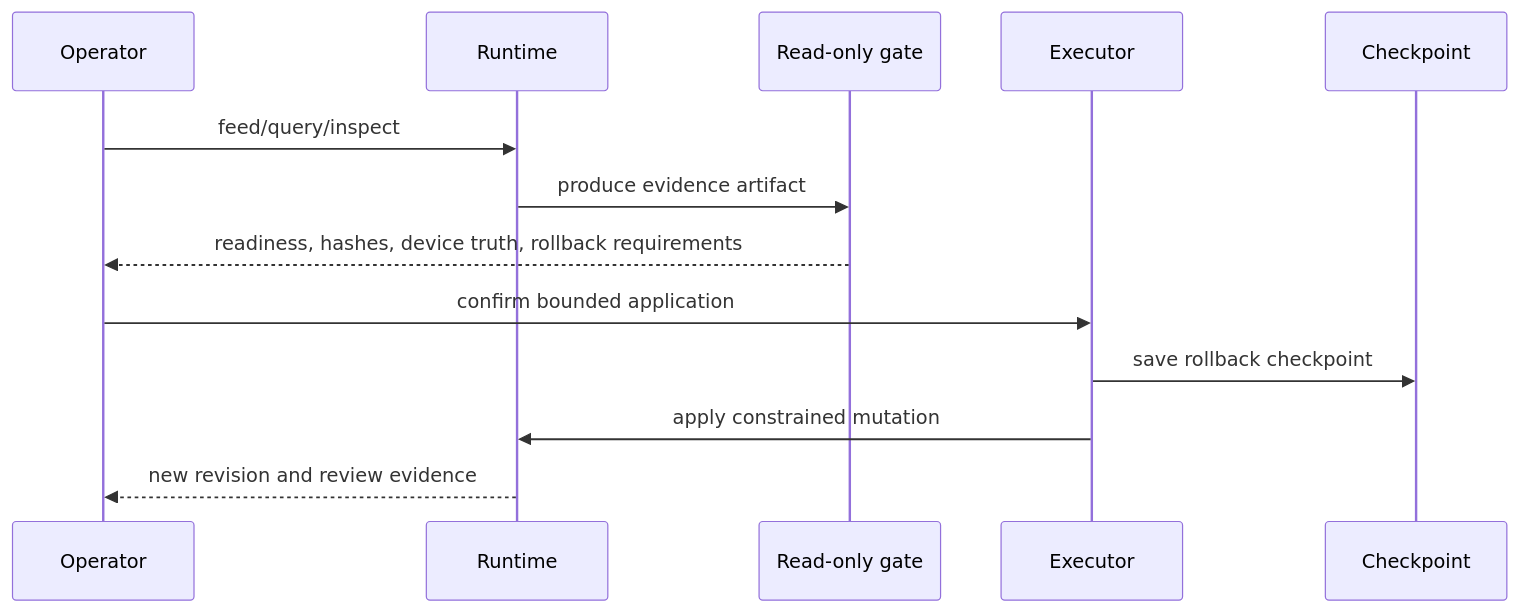
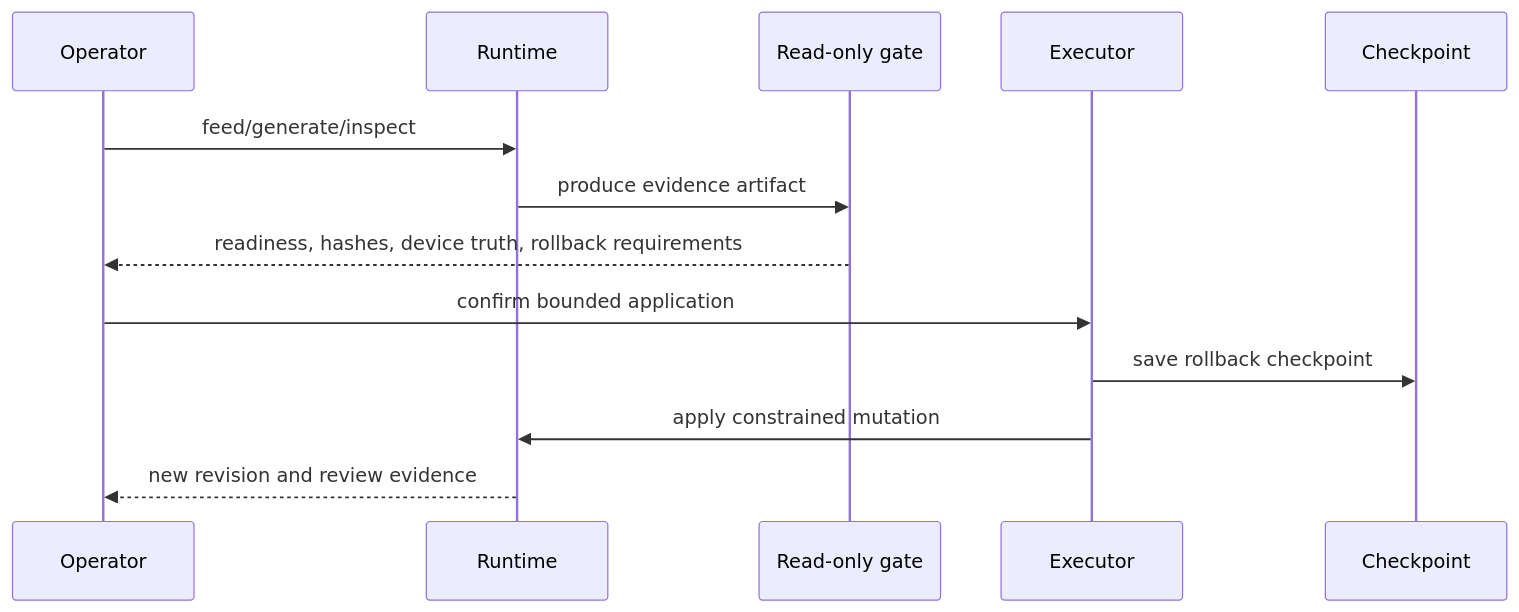
One commit to Tuafo/MARULHO changed the second of 2 diagrams in README.md. Above: the diagram before and after it, drawn with Mermaid. The commit also changed other lines of this file and 221 other files, not shown here.

````diff
--- a/README.md
+++ b/README.md
@@ -51,16 +68,16 @@
 ```mermaid
 sequenceDiagram
     participant O as Operator
     participant R as Runtime
     participant G as Read-only gate
     participant E as Executor
     participant C as Checkpoint
 
-    O->>R: feed/query/inspect
+    O->>R: feed/generate/inspect
     R->>G: produce evidence artifact
     G-->>O: readiness, hashes, device truth, rollback requirements
     O->>E: confirm bounded application
     E->>C: save rollback checkpoint
     E->>R: apply constrained mutation
     R-->>O: new revision and review evidence
 ```
````
